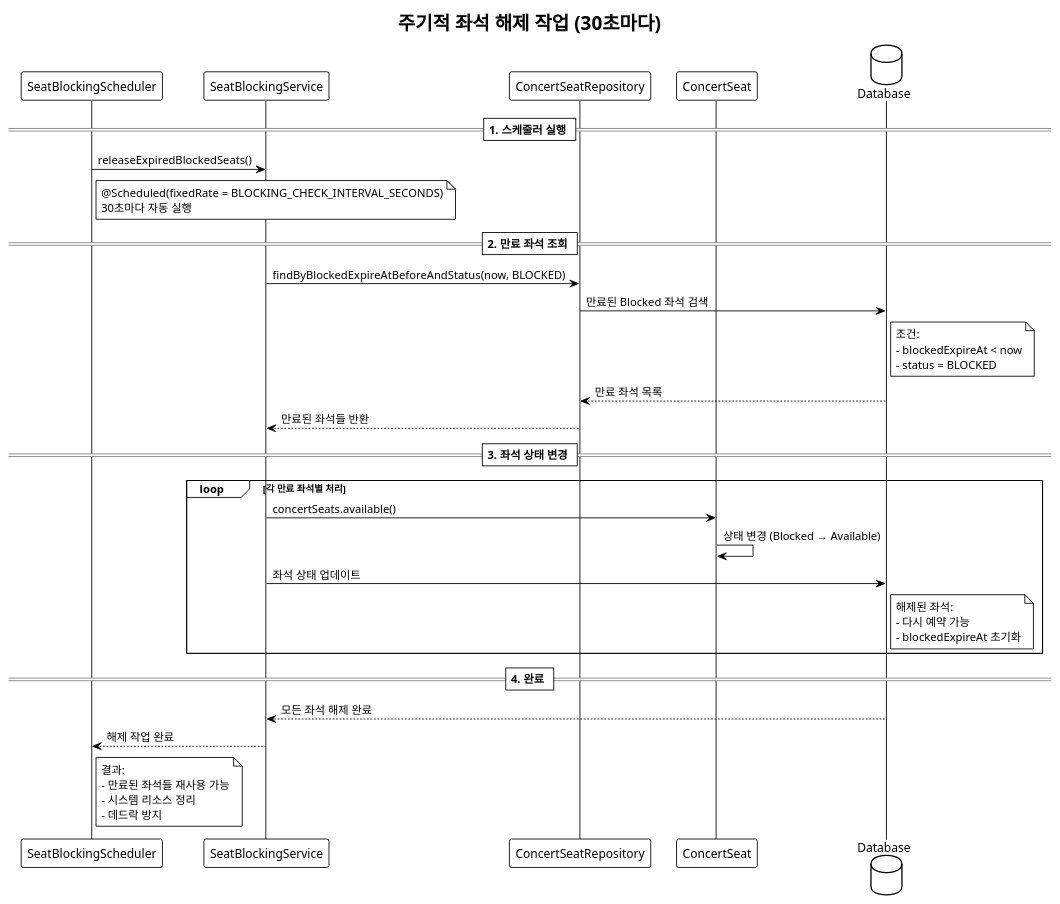
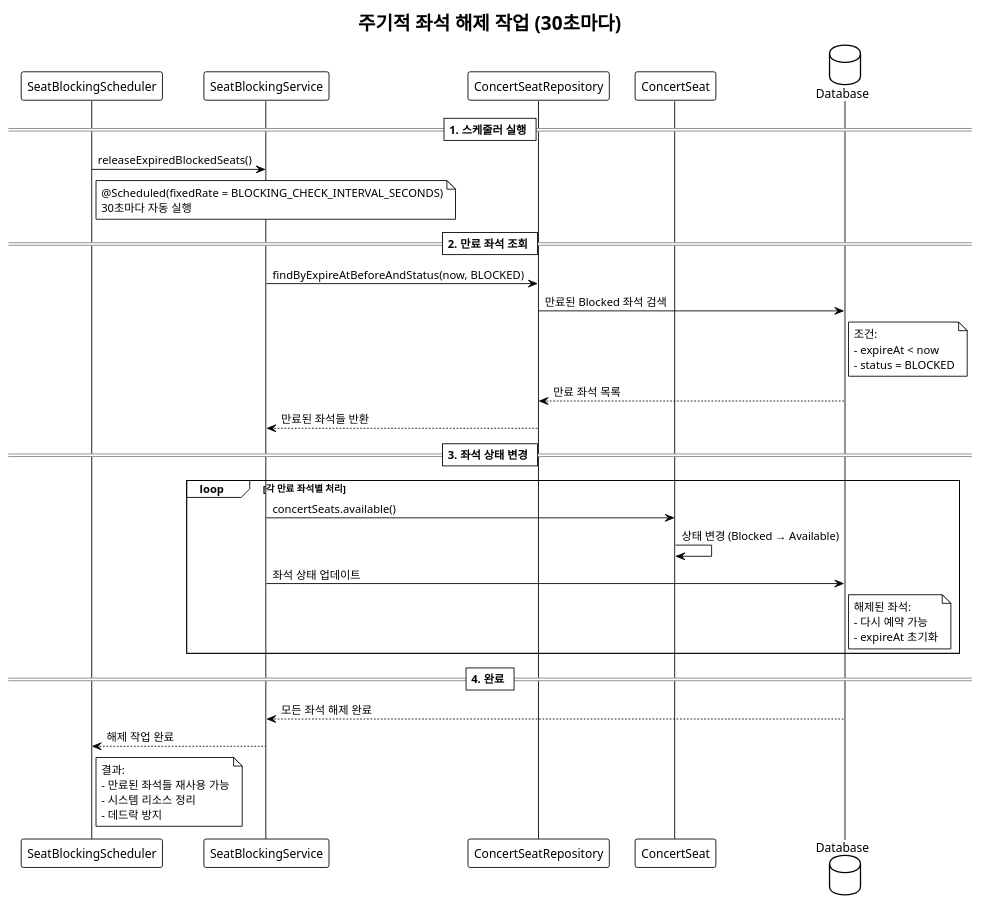
Before and after one commit to jerry-1211/concert-ticketing: the diagram in docs/sequenceDiagram/code/좌석_해제_작업.puml, drawn with PlantUML. The commit also changed 2 other files, not shown here.

```diff
--- a/docs/sequenceDiagram/code/좌석_해제_작업.puml
+++ b/docs/sequenceDiagram/code/좌석_해제_작업.puml
@@ -1,52 +1,52 @@
 @startuml 좌석_해제_스케줄링
 !theme plain
 
 participant SeatBlockingScheduler as Scheduler
 participant SeatBlockingService as SeatService
 participant ConcertSeatRepository as Repository
 participant ConcertSeat as SeatEntity
 database Database as DB
 
 title 주기적 좌석 해제 작업 (30초마다)
 
 == 1. 스케줄러 실행 ==
 Scheduler -> SeatService: releaseExpiredBlockedSeats()
 note right of Scheduler
   @Scheduled(fixedRate = BLOCKING_CHECK_INTERVAL_SECONDS)
   30초마다 자동 실행
 end note
 
 == 2. 만료 좌석 조회 ==
-SeatService -> Repository: findByBlockedExpireAtBeforeAndStatus(now, BLOCKED)
+SeatService -> Repository:  findByExpireAtBeforeAndStatus(now, BLOCKED)
 Repository -> DB: 만료된 Blocked 좌석 검색
 note right of DB
   조건:
-  - blockedExpireAt < now
+  - expireAt < now
   - status = BLOCKED
 end note
 DB --> Repository: 만료 좌석 목록
 Repository --> SeatService: 만료된 좌석들 반환
 
 == 3. 좌석 상태 변경 ==
 loop 각 만료 좌석별 처리
     SeatService -> SeatEntity: concertSeats.available()
     SeatEntity -> SeatEntity: 상태 변경 (Blocked → Available)
     SeatService -> DB: 좌석 상태 업데이트
     note right of DB
       해제된 좌석:
       - 다시 예약 가능
-      - blockedExpireAt 초기화
+      - expireAt 초기화
     end note
 end
 
 == 4. 완료 ==
 DB --> SeatService: 모든 좌석 해제 완료
 SeatService --> Scheduler: 해제 작업 완료
 note right of Scheduler
   결과:
   - 만료된 좌석들 재사용 가능
   - 시스템 리소스 정리
   - 데드락 방지
 end note
 
 @enduml
```
